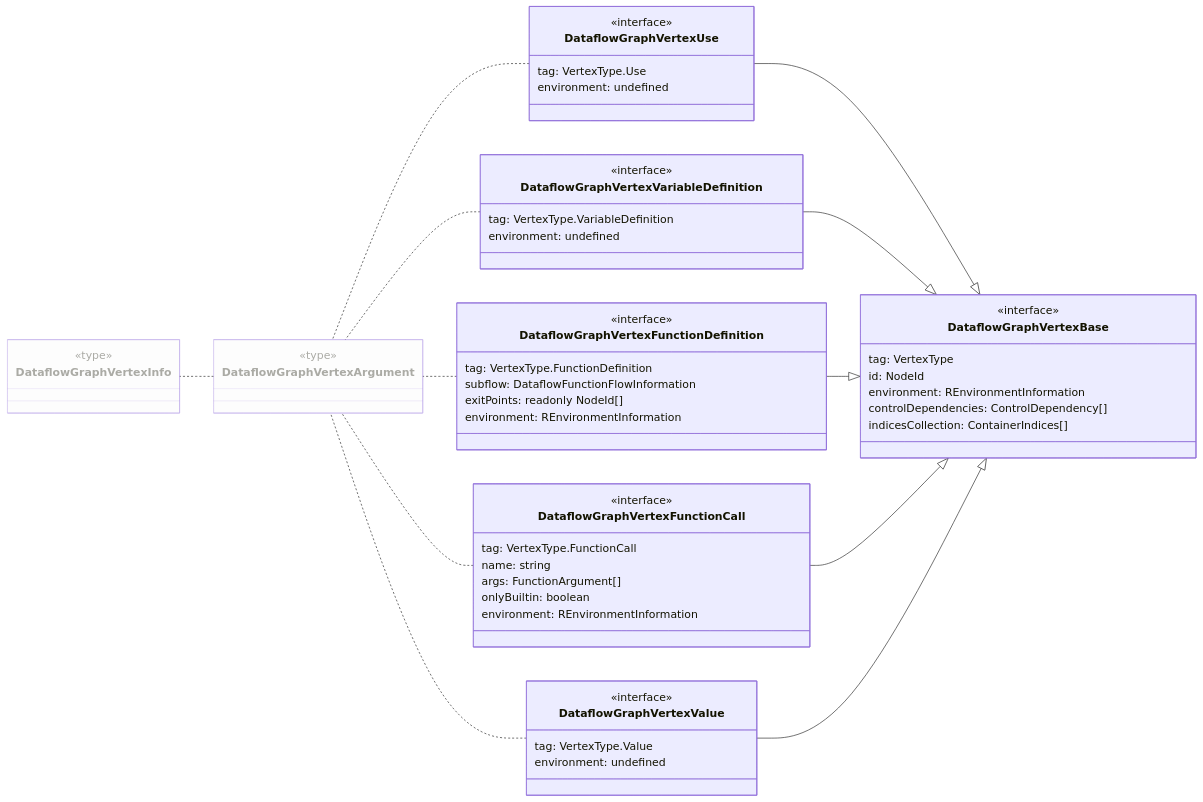
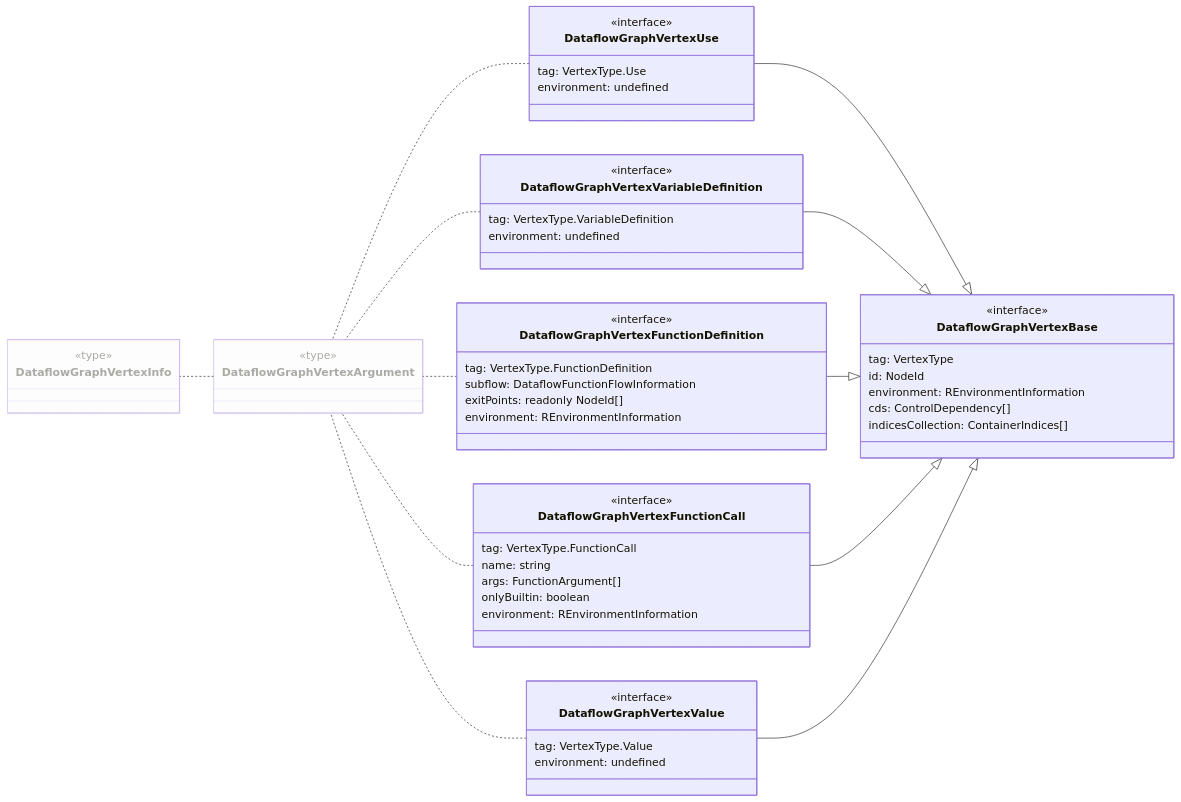
The second of 48 diagrams in wiki/Dataflow Graph.md (flowr-analysis/flowr), drawn with Mermaid before and after one commit. The commit also changed other lines of this file and 6 other files, not shown here.

Commit message:
[skip ci] doc: update generated wiki pages (wiki/Capabilities,wiki/Dataflow Graph,wiki/Query API,wiki/Search API,wiki/Interface,wiki/Core,README)

````diff
--- a/wiki/Dataflow Graph.md
+++ b/wiki/Dataflow Graph.md
@@ -107,61 +111,61 @@
 ```mermaid
 classDiagram
 direction RL
 class DataflowGraphVertexInfo
     <<type>> DataflowGraphVertexInfo
 style DataflowGraphVertexInfo opacity:.35,fill:#FAFAFA
 click DataflowGraphVertexInfo href "https://github.com/flowr-analysis/flowr/tree/main//src/dataflow/graph/vertex.ts#L214" "This is the union type of all possible vertices that appear within a; #60;code#62;dataflow graph#60;/code#62;; , they can be constructed passing a; #60;code#62;DataflowGraphVertexArgument#60;/code#62;; to the graph.  See; #60;code#62;DataflowGraphVertices#60;/code#62;; for an id#45;based mapping."
 class DataflowGraphVertexArgument
     <<type>> DataflowGraphVertexArgument
 style DataflowGraphVertexArgument opacity:.35,fill:#FAFAFA
 click DataflowGraphVertexArgument href "https://github.com/flowr-analysis/flowr/tree/main//src/dataflow/graph/vertex.ts#L206" "What is to be passed to construct a vertex in the; #60;code#62;dataflow graph#60;/code#62;"
 class DataflowGraphVertexUse
     <<interface>> DataflowGraphVertexUse
     DataflowGraphVertexUse : tag#58; VertexType.Use
     DataflowGraphVertexUse : environment#58; undefined
 click DataflowGraphVertexUse href "https://github.com/flowr-analysis/flowr/tree/main//src/dataflow/graph/vertex.ts#L143" "Arguments required to construct a vertex which represents the usage of a variable in the; #60;code#62;dataflow graph#60;/code#62;; ."
 class DataflowGraphVertexBase
     <<interface>> DataflowGraphVertexBase
     DataflowGraphVertexBase : tag#58; VertexType
     DataflowGraphVertexBase : id#58; NodeId
     DataflowGraphVertexBase : environment#58; REnvironmentInformation
-    DataflowGraphVertexBase : controlDependencies#58; ControlDependency#91;#93;
+    DataflowGraphVertexBase : cds#58; ControlDependency#91;#93;
     DataflowGraphVertexBase : indicesCollection#58; ContainerIndices#91;#93;
 click DataflowGraphVertexBase href "https://github.com/flowr-analysis/flowr/tree/main//src/dataflow/graph/vertex.ts#L86" "Arguments required to construct a vertex in the; #60;code#62;dataflow graph#60;/code#62;; ."
 class DataflowGraphVertexVariableDefinition
     <<interface>> DataflowGraphVertexVariableDefinition
     DataflowGraphVertexVariableDefinition : tag#58; VertexType.VariableDefinition
     DataflowGraphVertexVariableDefinition : environment#58; undefined
 click DataflowGraphVertexVariableDefinition href "https://github.com/flowr-analysis/flowr/tree/main//src/dataflow/graph/vertex.ts#L176" "Arguments required to construct a vertex which represents the definition of a variable in the; #60;code#62;dataflow graph#60;/code#62;; ."
 class DataflowGraphVertexFunctionDefinition
     <<interface>> DataflowGraphVertexFunctionDefinition
     DataflowGraphVertexFunctionDefinition : tag#58; VertexType.FunctionDefinition
     DataflowGraphVertexFunctionDefinition : subflow#58; DataflowFunctionFlowInformation
     DataflowGraphVertexFunctionDefinition : exitPoints#58; readonly NodeId#91;#93;
     DataflowGraphVertexFunctionDefinition : environment#58; REnvironmentInformation
 click DataflowGraphVertexFunctionDefinition href "https://github.com/flowr-analysis/flowr/tree/main//src/dataflow/graph/vertex.ts#L187" "Arguments required to construct a vertex which represents the definition of a function in the; #60;code#62;dataflow graph#60;/code#62;; ."
 class DataflowGraphVertexFunctionCall
     <<interface>> DataflowGraphVertexFunctionCall
     DataflowGraphVertexFunctionCall : tag#58; VertexType.FunctionCall
     DataflowGraphVertexFunctionCall : name#58; string
     DataflowGraphVertexFunctionCall : args#58; FunctionArgument#91;#93;
     DataflowGraphVertexFunctionCall : onlyBuiltin#58; boolean
     DataflowGraphVertexFunctionCall : environment#58; REnvironmentInformation
 click DataflowGraphVertexFunctionCall href "https://github.com/flowr-analysis/flowr/tree/main//src/dataflow/graph/vertex.ts#L154" "Arguments required to construct a vertex which represents the usage of a variable in the; #60;code#62;dataflow graph#60;/code#62;; ."
 class DataflowGraphVertexValue
     <<interface>> DataflowGraphVertexValue
     DataflowGraphVertexValue : tag#58; VertexType.Value
     DataflowGraphVertexValue : environment#58; undefined
 click DataflowGraphVertexValue href "https://github.com/flowr-analysis/flowr/tree/main//src/dataflow/graph/vertex.ts#L133" "Marker vertex for a value in the dataflow of the program. This does not contain the #95;value#95; of the referenced constant as this is available with the; #60;code#62;id#60;/code#62;; in the; #60;code#62;normalized AST#60;/code#62;; (or more specifically the; #60;code#62;AstIdMap#60;/code#62;; ).  If you have a; #60;code#62;dataflow graph#60;/code#62;; named #96;graph#96; with an; #60;code#62;AstIdMap#60;/code#62;; and a value vertex object with name #96;value#96; the following Code should work#58;"
 DataflowGraphVertexArgument .. DataflowGraphVertexInfo
 DataflowGraphVertexUse .. DataflowGraphVertexArgument
 DataflowGraphVertexBase <|-- DataflowGraphVertexUse
 DataflowGraphVertexVariableDefinition .. DataflowGraphVertexArgument
 DataflowGraphVertexBase <|-- DataflowGraphVertexVariableDefinition
 DataflowGraphVertexFunctionDefinition .. DataflowGraphVertexArgument
 DataflowGraphVertexBase <|-- DataflowGraphVertexFunctionDefinition
 DataflowGraphVertexFunctionCall .. DataflowGraphVertexArgument
 DataflowGraphVertexBase <|-- DataflowGraphVertexFunctionCall
 DataflowGraphVertexValue .. DataflowGraphVertexArgument
 DataflowGraphVertexBase <|-- DataflowGraphVertexValue
 ```
````
